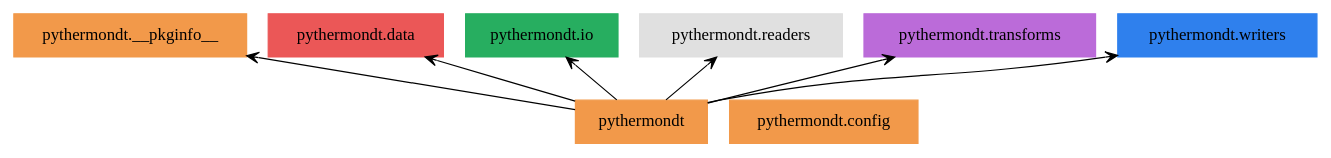
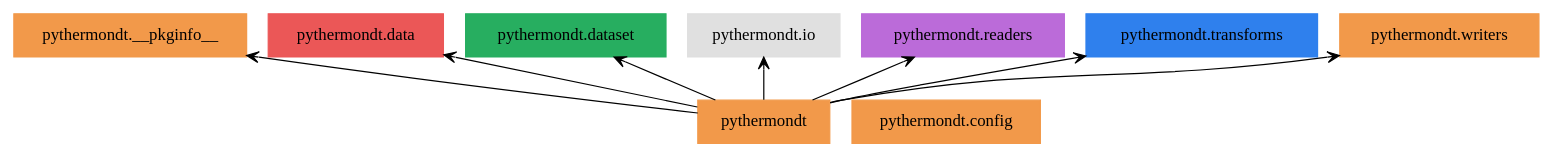
One commit to voidsy-gmbh/pyThermoNDT changed the diagram in docs/pyreverse/graphviz/packages_Overview.gv. Above: the diagram before and after it, drawn with Graphviz. The commit also changed 35 other files, not shown here.

```diff
--- a/docs/pyreverse/graphviz/packages_Overview.gv
+++ b/docs/pyreverse/graphviz/packages_Overview.gv
@@ -1,18 +1,20 @@
 digraph "packages_Overview" {
 rankdir=BT
 charset="utf-8"
 "pythermondt" [color="#F2994A", label=<pythermondt>, shape="box", style="filled"];
 "pythermondt.__pkginfo__" [color="#F2994A", label=<pythermondt.__pkginfo__>, shape="box", style="filled"];
 "pythermondt.config" [color="#F2994A", label=<pythermondt.config>, shape="box", style="filled"];
 "pythermondt.data" [color="#EB5757", label=<pythermondt.data>, shape="box", style="filled"];
-"pythermondt.io" [color="#27AE60", label=<pythermondt.io>, shape="box", style="filled"];
-"pythermondt.readers" [color="#E0E0E0", label=<pythermondt.readers>, shape="box", style="filled"];
-"pythermondt.transforms" [color="#BB6BD9", label=<pythermondt.transforms>, shape="box", style="filled"];
-"pythermondt.writers" [color="#2F80ED", label=<pythermondt.writers>, shape="box", style="filled"];
+"pythermondt.dataset" [color="#27AE60", label=<pythermondt.dataset>, shape="box", style="filled"];
+"pythermondt.io" [color="#E0E0E0", label=<pythermondt.io>, shape="box", style="filled"];
+"pythermondt.readers" [color="#BB6BD9", label=<pythermondt.readers>, shape="box", style="filled"];
+"pythermondt.transforms" [color="#2F80ED", label=<pythermondt.transforms>, shape="box", style="filled"];
+"pythermondt.writers" [color="#F2994A", label=<pythermondt.writers>, shape="box", style="filled"];
 "pythermondt" -> "pythermondt.__pkginfo__" [arrowhead="open", arrowtail="none"];
 "pythermondt" -> "pythermondt.data" [arrowhead="open", arrowtail="none"];
+"pythermondt" -> "pythermondt.dataset" [arrowhead="open", arrowtail="none"];
 "pythermondt" -> "pythermondt.io" [arrowhead="open", arrowtail="none"];
 "pythermondt" -> "pythermondt.readers" [arrowhead="open", arrowtail="none"];
 "pythermondt" -> "pythermondt.transforms" [arrowhead="open", arrowtail="none"];
 "pythermondt" -> "pythermondt.writers" [arrowhead="open", arrowtail="none"];
 }
```
